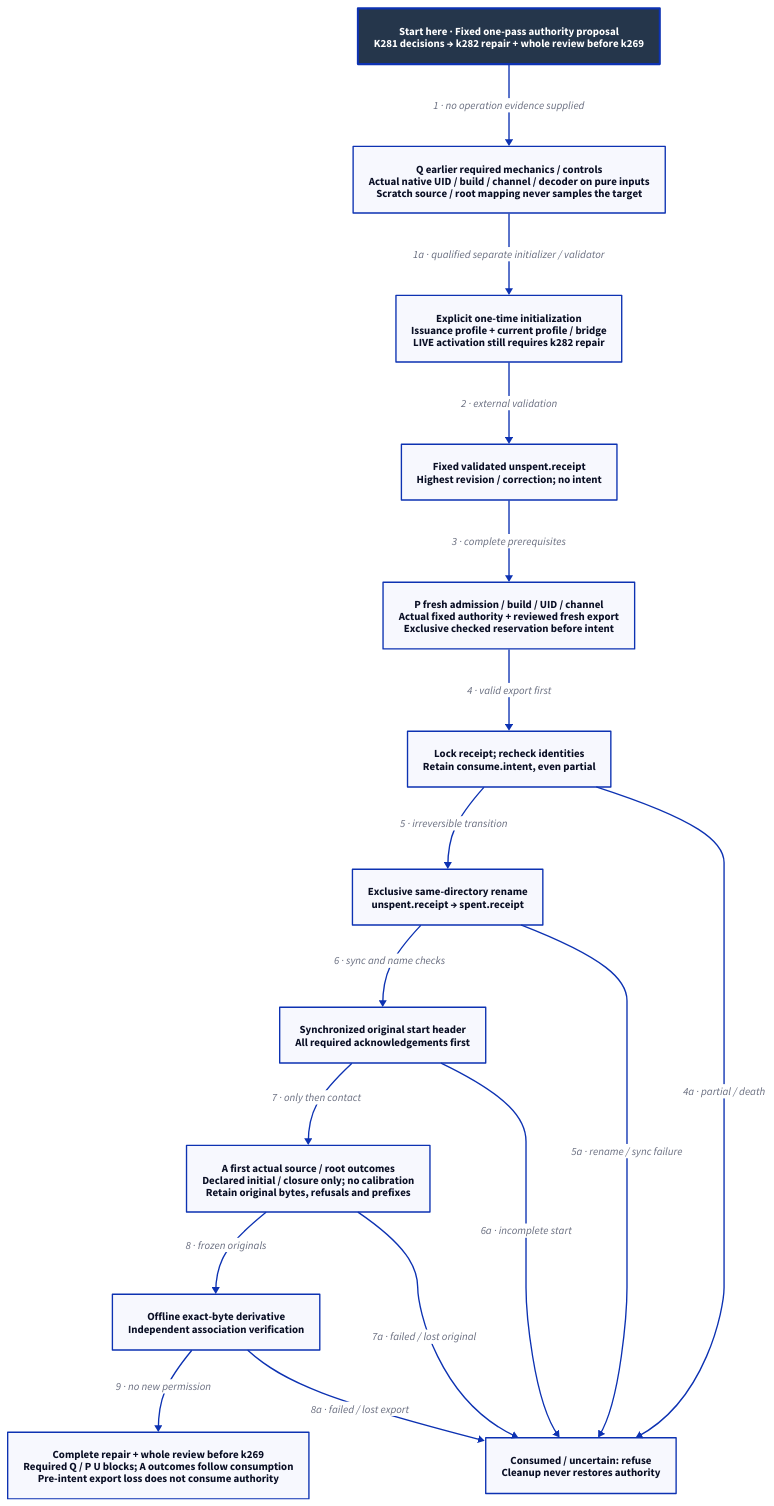
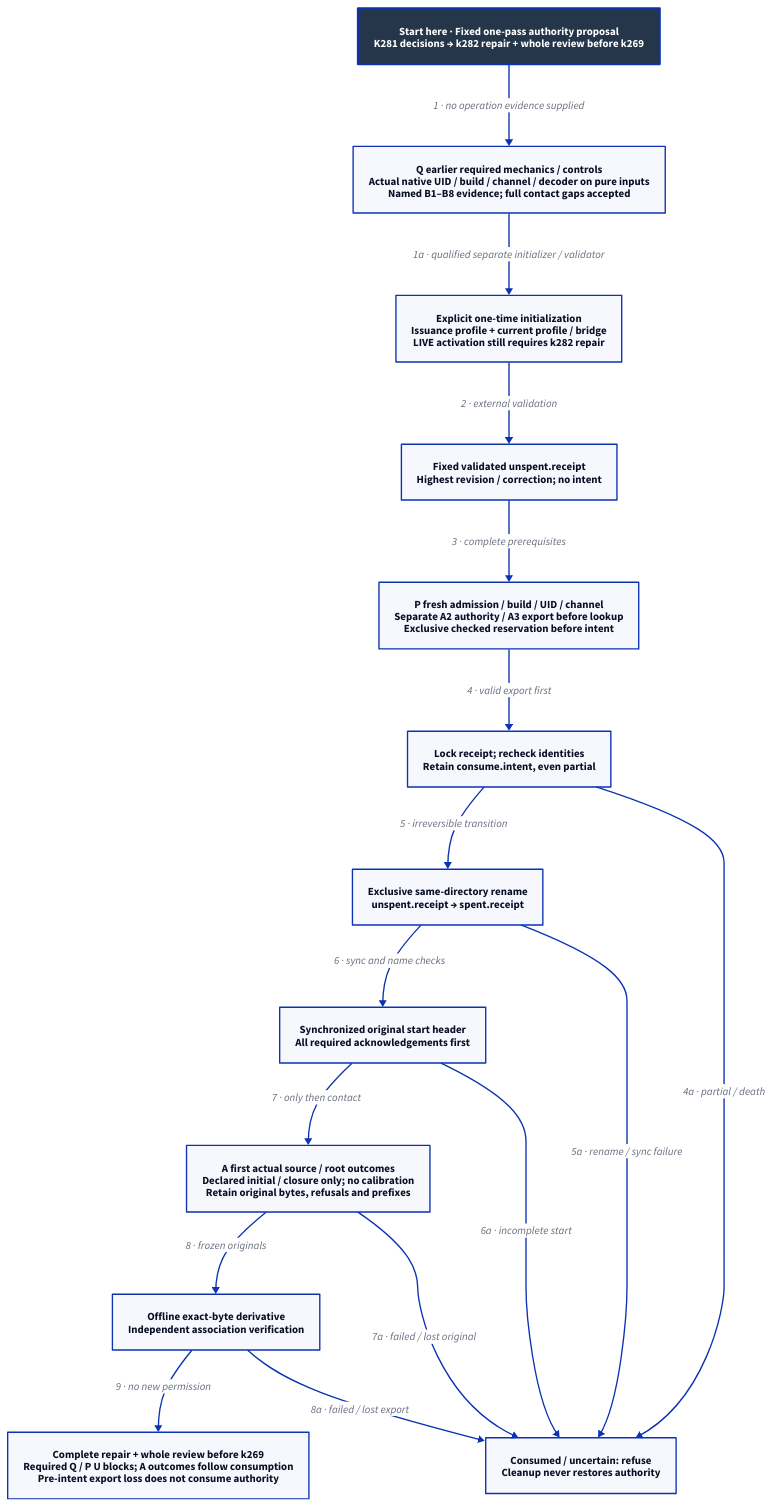
Before and after one commit to Linkuistics/Koine: the diagram in docs/design/architecture/native-reference-admission.d2, drawn with D2. The commit also changed 31 other files, not shown here.

Commit message:
Apply bounded contact evidence and closed pre-lookup refusals (reference-evidence-prelookup-claims-k284)

```diff
--- a/docs/design/architecture/native-reference-admission.d2
+++ b/docs/design/architecture/native-reference-admission.d2
@@ -1,32 +1,32 @@
 # Proposed lifecycle; complete contract is normative and qualification remains due.
 direction: down
 classes: {
   start: {style: {fill: "#25364B"; font-color: "#FFFFFF"; bold: true; stroke-width: 3}}
 }
 Start: "Start here · Fixed one-pass authority proposal\nK281 decisions → k282 repair + whole review before k269" {class: start}
-Qualify: "Q earlier required mechanics / controls\nActual native UID / build / channel / decoder on pure inputs\nScratch source / root mapping never samples the target"
+Qualify: "Q earlier required mechanics / controls\nActual native UID / build / channel / decoder on pure inputs\nNamed B1–B8 evidence; full contact gaps accepted"
 Provision: "Explicit one-time initialization\nIssuance profile + current profile / bridge\nLIVE activation still requires k282 repair"
 Ready: "Fixed validated unspent.receipt\nHighest revision / correction; no intent"
-Export: "P fresh admission / build / UID / channel\nActual fixed authority + reviewed fresh export\nExclusive checked reservation before intent"
+Export: "P fresh admission / build / UID / channel\nSeparate A2 authority / A3 export before lookup\nExclusive checked reservation before intent"
 Intent: "Lock receipt; recheck identities\nRetain consume.intent, even partial"
 Spent: "Exclusive same-directory rename\nunspent.receipt → spent.receipt"
 Original: "Synchronized original start header\nAll required acknowledgements first"
 Capture: "A first actual source / root outcomes\nDeclared initial / closure only; no calibration\nRetain original bytes, refusals and prefixes"
 Derivative: "Offline exact-byte derivative\nIndependent association verification"
 Refuse: "Consumed / uncertain: refuse\nCleanup never restores authority"
 Limit: "Complete repair + whole review before k269\nRequired Q / P U blocks; A outcomes follow consumption\nPre-intent export loss does not consume authority"
 Start -> Qualify: "1 · no operation evidence supplied"
 Qualify -> Provision: "1a · qualified separate initializer / validator"
 Provision -> Ready: "2 · external validation"
 Ready -> Export: "3 · complete prerequisites"
 Export -> Intent: "4 · valid export first"
 Intent -> Spent: "5 · irreversible transition"
 Spent -> Original: "6 · sync and name checks"
 Original -> Capture: "7 · only then contact"
 Capture -> Derivative: "8 · frozen originals"
 Derivative -> Limit: "9 · no new permission"
 Intent -> Refuse: "4a · partial / death"
 Spent -> Refuse: "5a · rename / sync failure"
 Original -> Refuse: "6a · incomplete start"
 Capture -> Refuse: "7a · failed / lost original"
 Derivative -> Refuse: "8a · failed / lost export"
```
